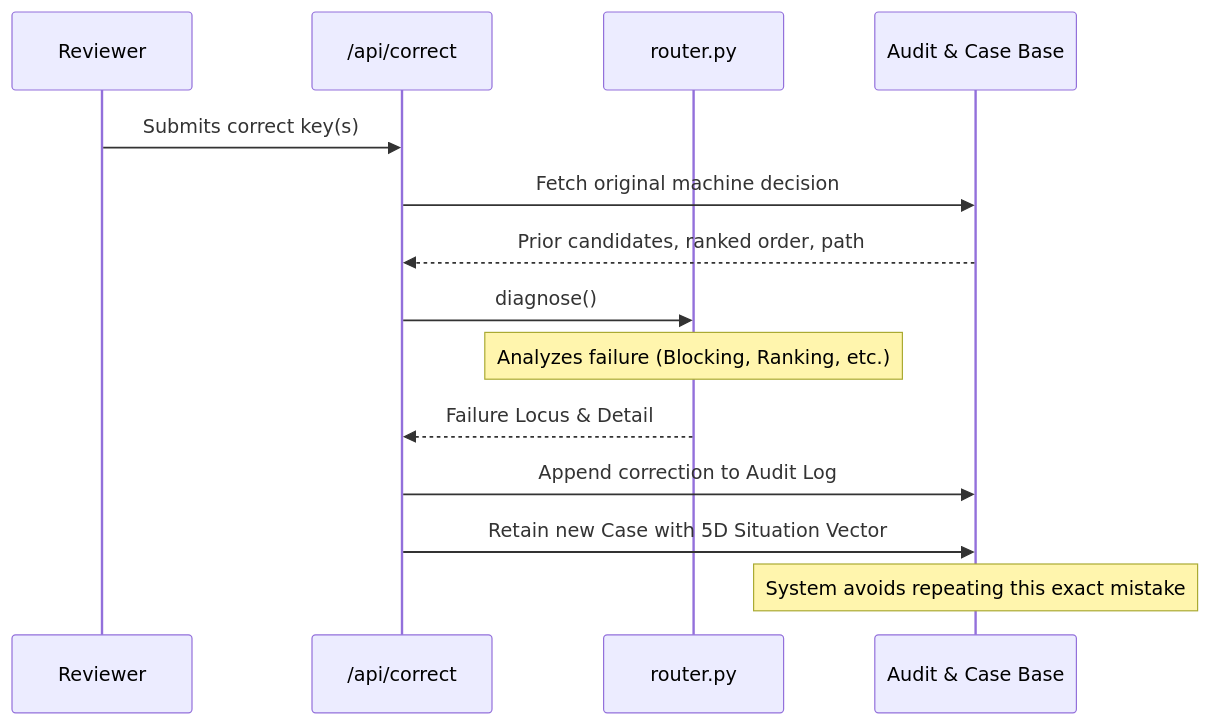
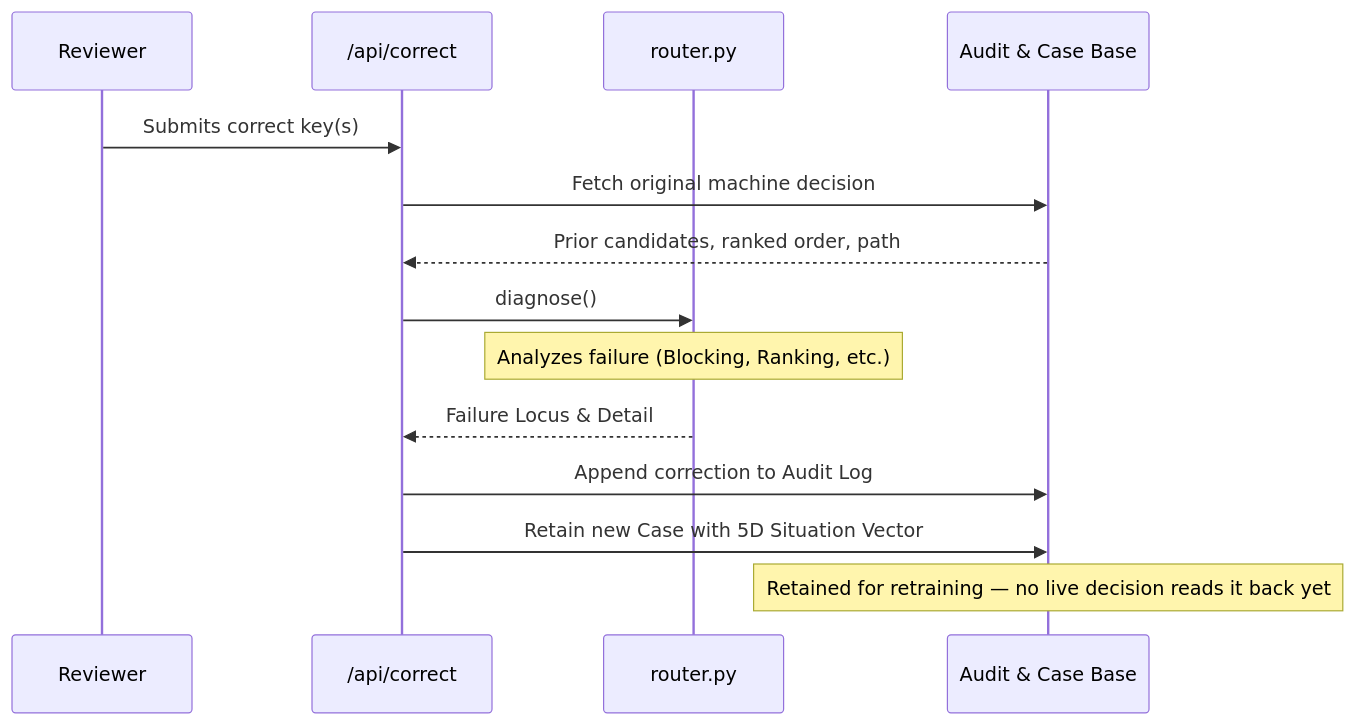
One commit to yug105/allocation-agent changed the third of 4 diagrams in README.md. Above: the diagram before and after it, drawn with Mermaid. The commit also changed other lines of this file and 4 other files, not shown here.

````diff
--- a/README.md
+++ b/README.md
@@ -195,17 +195,17 @@
 ```mermaid
 sequenceDiagram
     participant Reviewer
     participant API as /api/correct
     participant Router as router.py
     participant DB as Audit & Case Base
     
     Reviewer->>API: Submits correct key(s)
     API->>DB: Fetch original machine decision
     DB-->>API: Prior candidates, ranked order, path
     API->>Router: diagnose()
     Note over Router: Analyzes failure (Blocking, Ranking, etc.)
     Router-->>API: Failure Locus & Detail
     API->>DB: Append correction to Audit Log
     API->>DB: Retain new Case with 5D Situation Vector
-    Note over DB: System avoids repeating this exact mistake
+    Note over DB: Retained for retraining — no live decision reads it back yet
 ```
````
